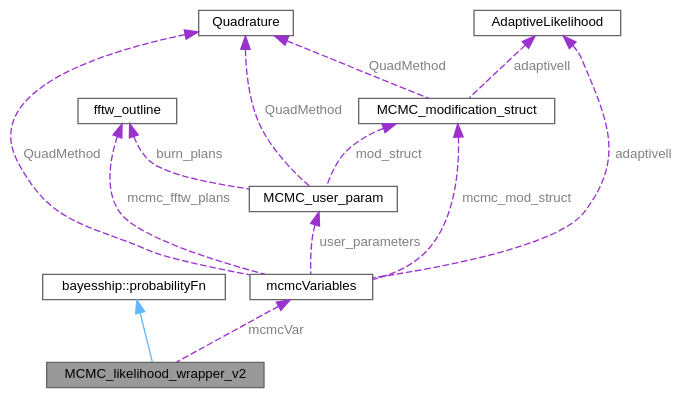
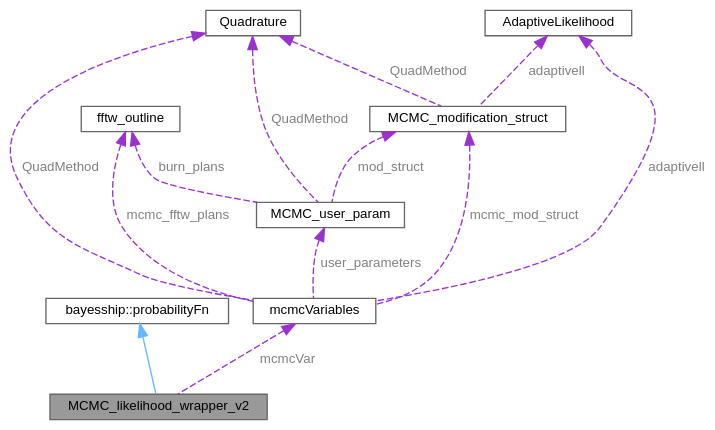
The diagram in classMCMC__likelihood__wrapper__v2__coll__graph.dot (bayescollab/gw_analysis_tools), drawn with Graphviz before and after one commit. The commit also changed 476 other files, not shown here.

```diff
--- a/classMCMC__likelihood__wrapper__v2__coll__graph.dot
+++ b/classMCMC__likelihood__wrapper__v2__coll__graph.dot
@@ -1,27 +1,38 @@
 digraph "MCMC_likelihood_wrapper_v2"
 {
  // LATEX_PDF_SIZE
   bgcolor="transparent";
   edge [fontname=Helvetica,fontsize=10,labelfontname=Helvetica,labelfontsize=10];
   node [fontname=Helvetica,fontsize=10,shape=box,height=0.2,width=0.4];
   Node1 [id="Node000001",label="MCMC_likelihood_wrapper_v2",height=0.2,width=0.4,color="gray40", fillcolor="grey60", style="filled", fontcolor="black",tooltip=" "];
   Node2 -> Node1 [id="edge1_Node000001_Node000002",dir="back",color="steelblue1",style="solid",tooltip=" "];
   Node2 [id="Node000002",label="bayesship::probabilityFn",height=0.2,width=0.4,color="gray40", fillcolor="white", style="filled",tooltip=" "];
-  Node3 -> Node1 [id="edge2_Node000001_Node000003",dir="back",color="darkorchid3",style="dashed",tooltip=" ",label=" mcmcVar",fontcolor="grey" ];
+  Node3 -> Node1 [id="edge2_Node000001_Node000003",dir="back",color="darkorchid3",style="dashed",tooltip=" ",label=<<TABLE CELLBORDER="0" BORDER="0"><TR><TD VALIGN="top" ALIGN="LEFT" CELLPADDING="1" CELLSPACING="0">mcmcVar</TD></TR>
+</TABLE>> ,fontcolor="grey" ];
   Node3 [id="Node000003",label="mcmcVariables",height=0.2,width=0.4,color="gray40", fillcolor="white", style="filled",URL="$structmcmcVariables.html",tooltip=" "];
-  Node4 -> Node3 [id="edge3_Node000003_Node000004",dir="back",color="darkorchid3",style="dashed",tooltip=" ",label=" mcmc_fftw_plans",fontcolor="grey" ];
+  Node4 -> Node3 [id="edge3_Node000003_Node000004",dir="back",color="darkorchid3",style="dashed",tooltip=" ",label=<<TABLE CELLBORDER="0" BORDER="0"><TR><TD VALIGN="top" ALIGN="LEFT" CELLPADDING="1" CELLSPACING="0">mcmc_fftw_plans</TD></TR>
+</TABLE>> ,fontcolor="grey" ];
   Node4 [id="Node000004",label="fftw_outline",height=0.2,width=0.4,color="gray40", fillcolor="white", style="filled",URL="$structfftw__outline.html",tooltip=" "];
-  Node5 -> Node3 [id="edge4_Node000003_Node000005",dir="back",color="darkorchid3",style="dashed",tooltip=" ",label=" mcmc_mod_struct",fontcolor="grey" ];
+  Node5 -> Node3 [id="edge4_Node000003_Node000005",dir="back",color="darkorchid3",style="dashed",tooltip=" ",label=<<TABLE CELLBORDER="0" BORDER="0"><TR><TD VALIGN="top" ALIGN="LEFT" CELLPADDING="1" CELLSPACING="0">mcmc_mod_struct</TD></TR>
+</TABLE>> ,fontcolor="grey" ];
   Node5 [id="Node000005",label="MCMC_modification_struct",height=0.2,width=0.4,color="gray40", fillcolor="white", style="filled",URL="$structMCMC__modification__struct.html",tooltip=" "];
-  Node6 -> Node5 [id="edge5_Node000005_Node000006",dir="back",color="darkorchid3",style="dashed",tooltip=" ",label=" QuadMethod",fontcolor="grey" ];
+  Node6 -> Node5 [id="edge5_Node000005_Node000006",dir="back",color="darkorchid3",style="dashed",tooltip=" ",label=<<TABLE CELLBORDER="0" BORDER="0"><TR><TD VALIGN="top" ALIGN="LEFT" CELLPADDING="1" CELLSPACING="0">QuadMethod</TD></TR>
+</TABLE>> ,fontcolor="grey" ];
   Node6 [id="Node000006",label="Quadrature",height=0.2,width=0.4,color="gray40", fillcolor="white", style="filled",URL="$classQuadrature.html",tooltip="Class to evaluate integrals with established spacing and weights."];
-  Node7 -> Node5 [id="edge6_Node000005_Node000007",dir="back",color="darkorchid3",style="dashed",tooltip=" ",label=" adaptivell",fontcolor="grey" ];
+  Node7 -> Node5 [id="edge6_Node000005_Node000007",dir="back",color="darkorchid3",style="dashed",tooltip=" ",label=<<TABLE CELLBORDER="0" BORDER="0"><TR><TD VALIGN="top" ALIGN="LEFT" CELLPADDING="1" CELLSPACING="0">adaptivell</TD></TR>
+</TABLE>> ,fontcolor="grey" ];
   Node7 [id="Node000007",label="AdaptiveLikelihood",height=0.2,width=0.4,color="gray40", fillcolor="white", style="filled",URL="$classAdaptiveLikelihood.html",tooltip=" "];
-  Node8 -> Node3 [id="edge7_Node000003_Node000008",dir="back",color="darkorchid3",style="dashed",tooltip=" ",label=" user_parameters",fontcolor="grey" ];
+  Node8 -> Node3 [id="edge7_Node000003_Node000008",dir="back",color="darkorchid3",style="dashed",tooltip=" ",label=<<TABLE CELLBORDER="0" BORDER="0"><TR><TD VALIGN="top" ALIGN="LEFT" CELLPADDING="1" CELLSPACING="0">user_parameters</TD></TR>
+</TABLE>> ,fontcolor="grey" ];
   Node8 [id="Node000008",label="MCMC_user_param",height=0.2,width=0.4,color="gray40", fillcolor="white", style="filled",URL="$structMCMC__user__param.html",tooltip=" "];
-  Node4 -> Node8 [id="edge8_Node000008_Node000004",dir="back",color="darkorchid3",style="dashed",tooltip=" ",label=" burn_plans",fontcolor="grey" ];
-  Node6 -> Node8 [id="edge9_Node000008_Node000006",dir="back",color="darkorchid3",style="dashed",tooltip=" ",label=" QuadMethod",fontcolor="grey" ];
-  Node5 -> Node8 [id="edge10_Node000008_Node000005",dir="back",color="darkorchid3",style="dashed",tooltip=" ",label=" mod_struct",fontcolor="grey" ];
-  Node7 -> Node3 [id="edge11_Node000003_Node000007",dir="back",color="darkorchid3",style="dashed",tooltip=" ",label=" adaptivell",fontcolor="grey" ];
-  Node6 -> Node3 [id="edge12_Node000003_Node000006",dir="back",color="darkorchid3",style="dashed",tooltip=" ",label=" QuadMethod",fontcolor="grey" ];
+  Node4 -> Node8 [id="edge8_Node000008_Node000004",dir="back",color="darkorchid3",style="dashed",tooltip=" ",label=<<TABLE CELLBORDER="0" BORDER="0"><TR><TD VALIGN="top" ALIGN="LEFT" CELLPADDING="1" CELLSPACING="0">burn_plans</TD></TR>
+</TABLE>> ,fontcolor="grey" ];
+  Node6 -> Node8 [id="edge9_Node000008_Node000006",dir="back",color="darkorchid3",style="dashed",tooltip=" ",label=<<TABLE CELLBORDER="0" BORDER="0"><TR><TD VALIGN="top" ALIGN="LEFT" CELLPADDING="1" CELLSPACING="0">QuadMethod</TD></TR>
+</TABLE>> ,fontcolor="grey" ];
+  Node5 -> Node8 [id="edge10_Node000008_Node000005",dir="back",color="darkorchid3",style="dashed",tooltip=" ",label=<<TABLE CELLBORDER="0" BORDER="0"><TR><TD VALIGN="top" ALIGN="LEFT" CELLPADDING="1" CELLSPACING="0">mod_struct</TD></TR>
+</TABLE>> ,fontcolor="grey" ];
+  Node7 -> Node3 [id="edge11_Node000003_Node000007",dir="back",color="darkorchid3",style="dashed",tooltip=" ",label=<<TABLE CELLBORDER="0" BORDER="0"><TR><TD VALIGN="top" ALIGN="LEFT" CELLPADDING="1" CELLSPACING="0">adaptivell</TD></TR>
+</TABLE>> ,fontcolor="grey" ];
+  Node6 -> Node3 [id="edge12_Node000003_Node000006",dir="back",color="darkorchid3",style="dashed",tooltip=" ",label=<<TABLE CELLBORDER="0" BORDER="0"><TR><TD VALIGN="top" ALIGN="LEFT" CELLPADDING="1" CELLSPACING="0">QuadMethod</TD></TR>
+</TABLE>> ,fontcolor="grey" ];
 }
```
